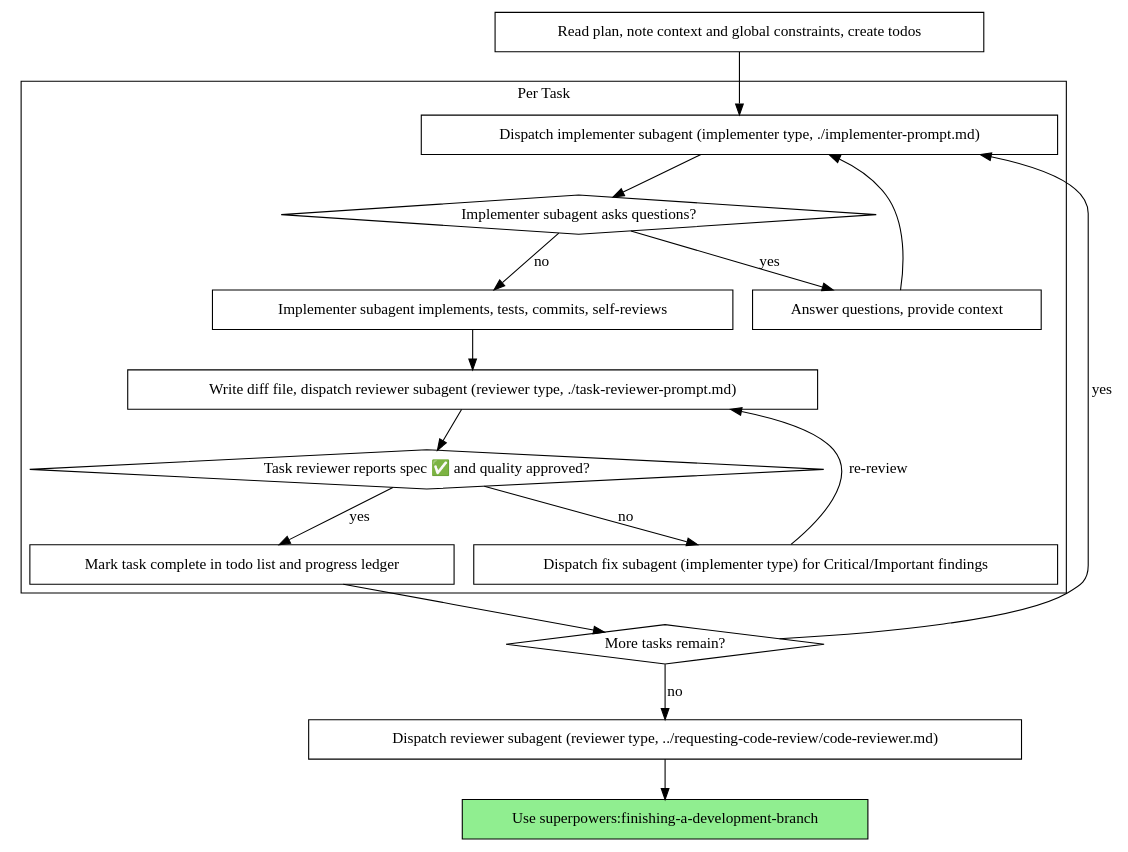
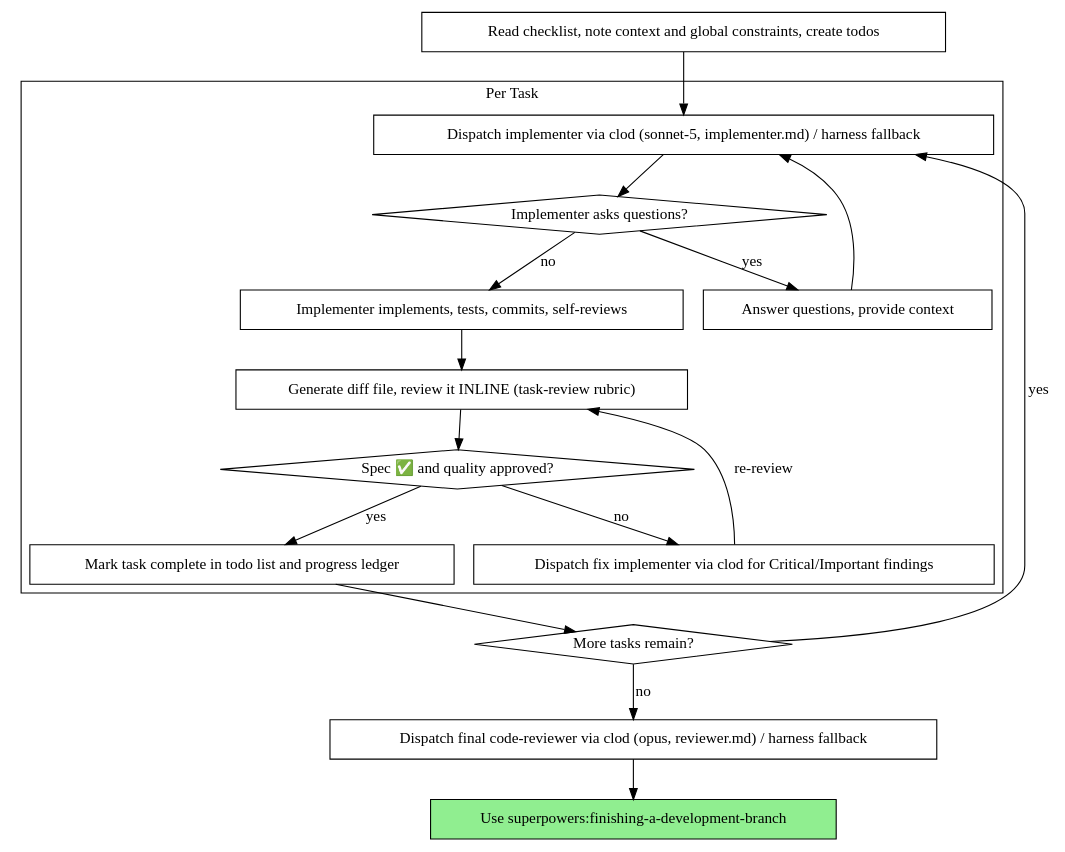
The second of 2 diagrams in skills/subagent-driven-development/SKILL.md (geofffranks/superpowers), drawn with Graphviz before and after one commit. The commit also changed other lines of this file and 8 other files, not shown here.

First line of the commit message:
feat(skills): route implementer/researcher/code-reviewer to clod-subagent; lightweight-only flow

````diff
--- a/skills/subagent-driven-development/SKILL.md
+++ b/skills/subagent-driven-development/SKILL.md
@@ -47,37 +49,37 @@
 ```dot
 digraph process {
     rankdir=TB;
 
     subgraph cluster_per_task {
         label="Per Task";
-        "Dispatch implementer subagent (implementer type, ./implementer-prompt.md)" [shape=box];
-        "Implementer subagent asks questions?" [shape=diamond];
+        "Dispatch implementer via clod (sonnet-5, implementer.md) / harness fallback" [shape=box];
+        "Implementer asks questions?" [shape=diamond];
         "Answer questions, provide context" [shape=box];
-        "Implementer subagent implements, tests, commits, self-reviews" [shape=box];
-        "Write diff file, dispatch reviewer subagent (reviewer type, ./task-reviewer-prompt.md)" [shape=box];
-        "Task reviewer reports spec ✅ and quality approved?" [shape=diamond];
-        "Dispatch fix subagent (implementer type) for Critical/Important findings" [shape=box];
+        "Implementer implements, tests, commits, self-reviews" [shape=box];
+        "Generate diff file, review it INLINE (task-review rubric)" [shape=box];
+        "Spec ✅ and quality approved?" [shape=diamond];
+        "Dispatch fix implementer via clod for Critical/Important findings" [shape=box];
         "Mark task complete in todo list and progress ledger" [shape=box];
     }
 
-    "Read plan, note context and global constraints, create todos" [shape=box];
+    "Read checklist, note context and global constraints, create todos" [shape=box];
     "More tasks remain?" [shape=diamond];
-    "Dispatch reviewer subagent (reviewer type, ../requesting-code-review/code-reviewer.md)" [shape=box];
+    "Dispatch final code-reviewer via clod (opus, reviewer.md) / harness fallback" [shape=box];
     "Use superpowers:finishing-a-development-branch" [shape=box style=filled fillcolor=lightgreen];
 
-    "Read plan, note context and global constraints, create todos" -> "Dispatch implementer subagent (implementer type, ./implementer-prompt.md)";
-    "Dispatch implementer subagent (implementer type, ./implementer-prompt.md)" -> "Implementer subagent asks questions?";
-    "Implementer subagent asks questions?" -> "Answer questions, provide context" [label="yes"];
-    "Answer questions, provide context" -> "Dispatch implementer subagent (implementer type, ./implementer-prompt.md)";
-    "Implementer subagent asks questions?" -> "Implementer subagent implements, tests, commits, self-reviews" [label="no"];
-    "Implementer subagent implements, tests, commits, self-reviews" -> "Write diff file, dispatch reviewer subagent (reviewer type, ./task-reviewer-prompt.md)";
-    "Write diff file, dispatch reviewer subagent (reviewer type, ./task-reviewer-prompt.md)" -> "Task reviewer reports spec ✅ and quality approved?";
-    "Task reviewer reports spec ✅ and quality approved?" -> "Dispatch fix subagent (implementer type) for Critical/Important findings" [label="no"];
-    "Dispatch fix subagent (implementer type) for Critical/Important findings" -> "Write diff file, dispatch reviewer subagent (reviewer type, ./task-reviewer-prompt.md)" [label="re-review"];
-    "Task reviewer reports spec ✅ and quality approved?" -> "Mark task complete in todo list and progress ledger" [label="yes"];
+    "Read checklist, note context and global constraints, create todos" -> "Dispatch implementer via clod (sonnet-5, implementer.md) / harness fallback";
+    "Dispatch implementer via clod (sonnet-5, implementer.md) / harness fallback" -> "Implementer asks questions?";
+    "Implementer asks questions?" -> "Answer questions, provide context" [label="yes"];
+    "Answer questions, provide context" -> "Dispatch implementer via clod (sonnet-5, implementer.md) / harness fallback";
+    "Implementer asks questions?" -> "Implementer implements, tests, commits, self-reviews" [label="no"];
+    "Implementer implements, tests, commits, self-reviews" -> "Generate diff file, review it INLINE (task-review rubric)";
+    "Generate diff file, review it INLINE (task-review rubric)" -> "Spec ✅ and quality approved?";
+    "Spec ✅ and quality approved?" -> "Dispatch fix implementer via clod for Critical/Important findings" [label="no"];
+    "Dispatch fix implementer via clod for Critical/Important findings" -> "Generate diff file, review it INLINE (task-review rubric)" [label="re-review"];
+    "Spec ✅ and quality approved?" -> "Mark task complete in todo list and progress ledger" [label="yes"];
     "Mark task complete in todo list and progress ledger" -> "More tasks remain?";
-    "More tasks remain?" -> "Dispatch implementer subagent (implementer type, ./implementer-prompt.md)" [label="yes"];
-    "More tasks remain?" -> "Dispatch reviewer subagent (reviewer type, ../requesting-code-review/code-reviewer.md)" [label="no"];
-    "Dispatch reviewer subagent (reviewer type, ../requesting-code-review/code-reviewer.md)" -> "Use superpowers:finishing-a-development-branch";
+    "More tasks remain?" -> "Dispatch implementer via clod (sonnet-5, implementer.md) / harness fallback" [label="yes"];
+    "More tasks remain?" -> "Dispatch final code-reviewer via clod (opus, reviewer.md) / harness fallback" [label="no"];
+    "Dispatch final code-reviewer via clod (opus, reviewer.md) / harness fallback" -> "Use superpowers:finishing-a-development-branch";
 }
 ```
````
